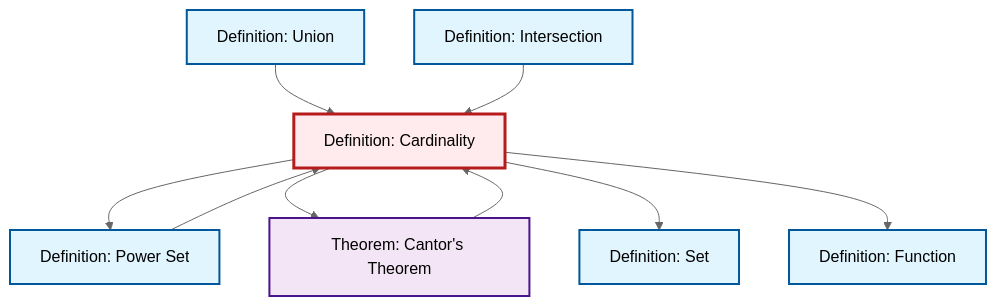
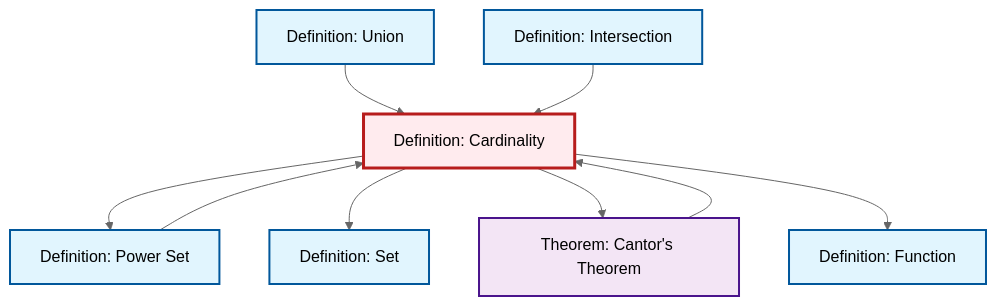
Before and after one commit to RK0429/ModernMath: the diagram in content/en/logic-set-theory/def-cardinality.qmd, drawn with Mermaid (neutral theme). The commit also changed other lines of this file and 619 other files, not shown here.

````diff
--- a/content/en/logic-set-theory/def-cardinality.qmd
+++ b/content/en/logic-set-theory/def-cardinality.qmd
@@ -85,31 +85,31 @@
 ```{mermaid}
 %%| fig-cap: "Local dependency graph"
 graph TD
     classDef definition fill:#e1f5fe,stroke:#01579b,stroke-width:2px
     classDef theorem fill:#f3e5f5,stroke:#4a148c,stroke-width:2px
     classDef axiom fill:#fff3e0,stroke:#e65100,stroke-width:2px
     classDef example fill:#e8f5e9,stroke:#1b5e20,stroke-width:2px
     classDef current fill:#ffebee,stroke:#b71c1c,stroke-width:3px
     def-intersection["Definition: Intersection"]:::definition
-    def-function["Definition: Function"]:::definition
-    def-cardinality["Definition: Cardinality"]:::definition
     def-set["Definition: Set"]:::definition
-    thm-cantor["Theorem: Cantor's Theorem"]:::theorem
     def-union["Definition: Union"]:::definition
     def-power-set["Definition: Power Set"]:::definition
+    def-cardinality["Definition: Cardinality"]:::definition
+    thm-cantor["Theorem: Cantor's Theorem"]:::theorem
+    def-function["Definition: Function"]:::definition
+    def-cardinality --> def-power-set
     def-power-set --> def-cardinality
+    def-cardinality --> def-set
+    def-cardinality --> thm-cantor
+    def-union --> def-cardinality
     thm-cantor --> def-cardinality
-    def-union --> def-cardinality
-    def-cardinality --> def-power-set
-    def-cardinality --> thm-cantor
+    def-cardinality --> def-function
     def-intersection --> def-cardinality
-    def-cardinality --> def-set
-    def-cardinality --> def-function
     class def-cardinality current
     click def-intersection "def-intersection.html" "Go to Intersection definition"
-    click def-function "def-function.html" "Go to Function definition"
     click def-set "def-set.html" "Go to Set definition"
-    click thm-cantor "thm-cantor.html" "Go to Cantor's Theorem theorem"
     click def-union "def-union.html" "Go to Union definition"
     click def-power-set "def-power-set.html" "Go to Power Set definition"
+    click thm-cantor "thm-cantor.html" "Go to Cantor's Theorem theorem"
+    click def-function "def-function.html" "Go to Function definition"
 ```
````
